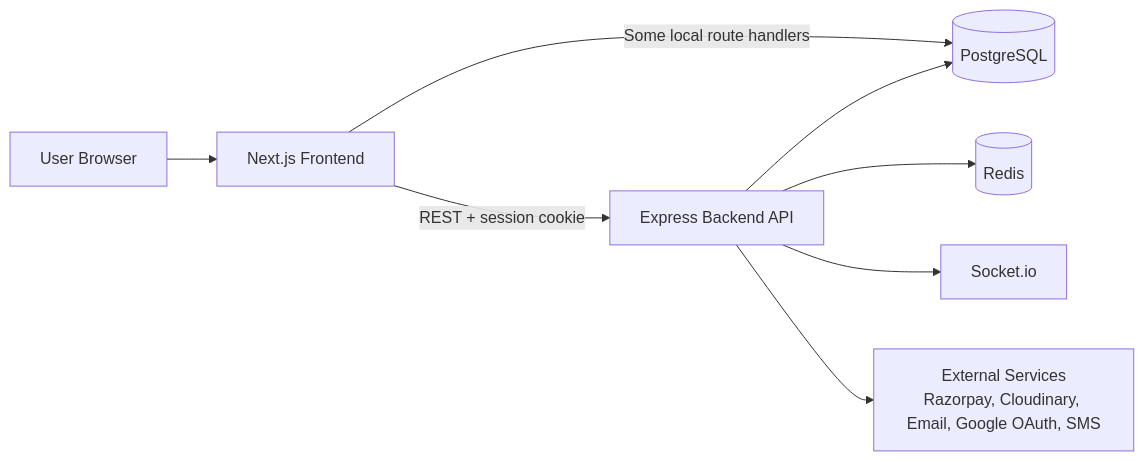
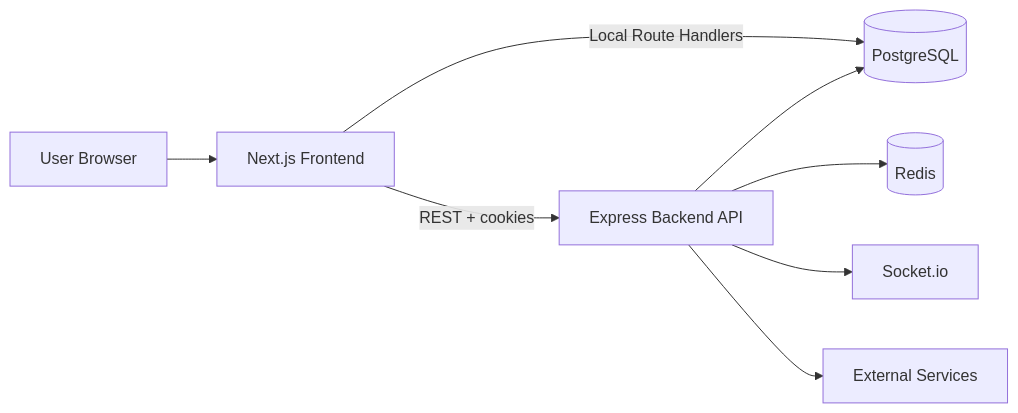
The diagram in README.md (Sia3136/BidCraft), drawn with Mermaid before and after one commit. The commit also changed other lines of this file and 7 other files, not shown here.

````diff
--- a/README.md
+++ b/README.md
@@ -78,10 +18,10 @@
 ```mermaid
 flowchart LR
    U[User Browser] --> F[Next.js Frontend]
-   F -->|REST + session cookie| B[Express Backend API]
-   F -->|Some local route handlers| P[(PostgreSQL via Prisma)]
+   F -->|REST + cookies| B[Express Backend API]
+   F -->|Local Route Handlers| P[(PostgreSQL via Prisma)]
    B --> P[(PostgreSQL)]
    B --> R[(Redis)]
    B --> S[Socket.io]
-   B --> X[External Services\nRazorpay, Cloudinary, Email, Google OAuth, SMS]
+   B --> X[External Services]
 ```
````
